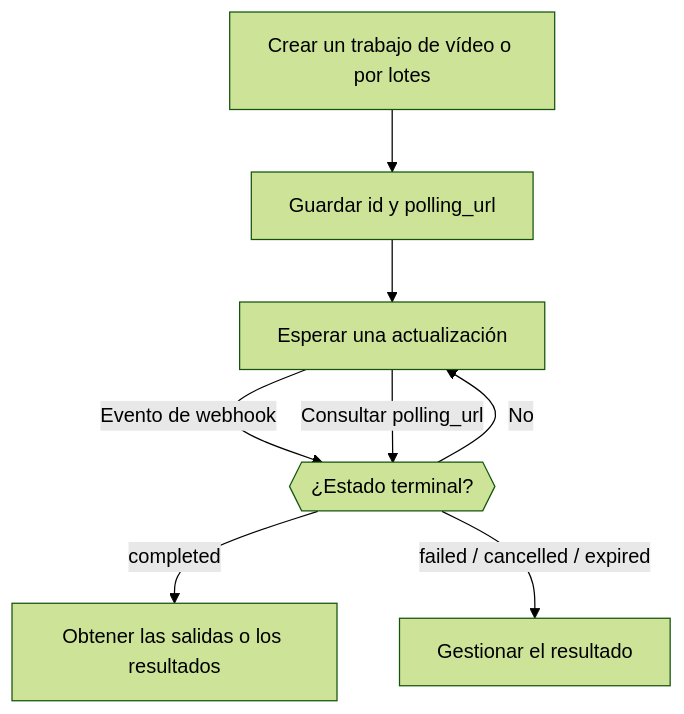
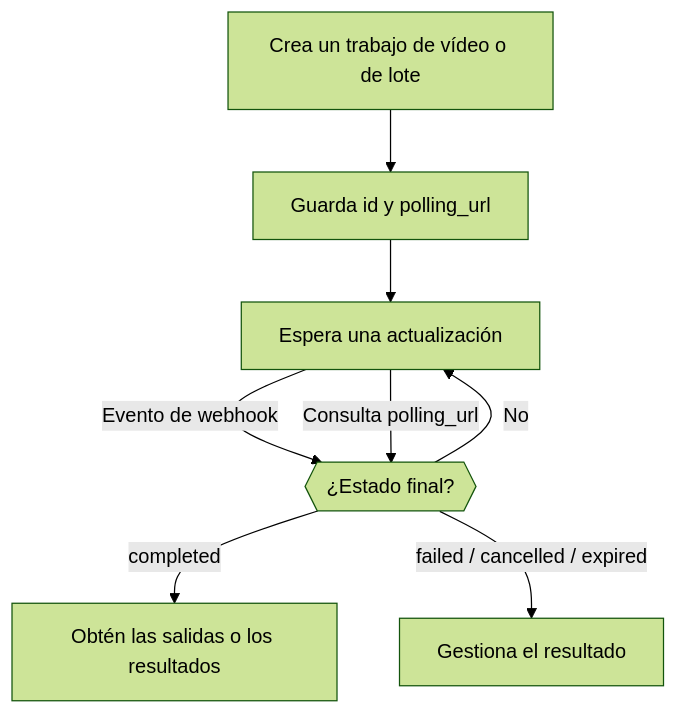
The diagram in apps/docs/es/v1/guides/async-video-and-batch.mdx (phaseoteam/Phaseo), drawn with Mermaid (forest theme) before and after one commit. The commit also changed other lines of this file and 3793 other files, not shown here.

````diff
--- a/apps/docs/es/v1/guides/async-video-and-batch.mdx
+++ b/apps/docs/es/v1/guides/async-video-and-batch.mdx
@@ -39,10 +14,10 @@
 ```mermaid
 flowchart TD
-  newJob["Crear un trabajo de vídeo o por lotes"] --> store["Guardar id y polling_url"]
-  store --> waiting["Esperar una actualización"]
-  waiting -->|"Evento de webhook"| terminal{{"¿Estado terminal?"}}
-  waiting -->|"Consultar polling_url"| terminal
+  newJob["Crea un trabajo de vídeo o de lote"] --> store["Guarda id y polling_url"]
+  store --> waiting["Espera una actualización"]
+  waiting -->|"Evento de webhook"| terminal{{"¿Estado final?"}}
+  waiting -->|"Consulta polling_url"| terminal
   terminal -->|"No"| waiting
-  terminal -->|"completed"| fetchOut["Obtener las salidas o los resultados"]
-  terminal -->|"failed / cancelled / expired"| outcome["Gestionar el resultado"]
+  terminal -->|"completed"| fetchOut["Obtén las salidas o los resultados"]
+  terminal -->|"failed / cancelled / expired"| outcome["Gestiona el resultado"]
 ```
````
